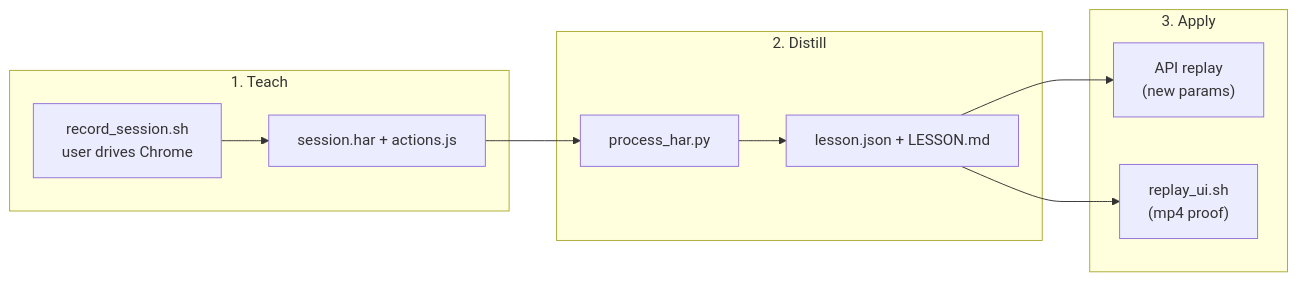
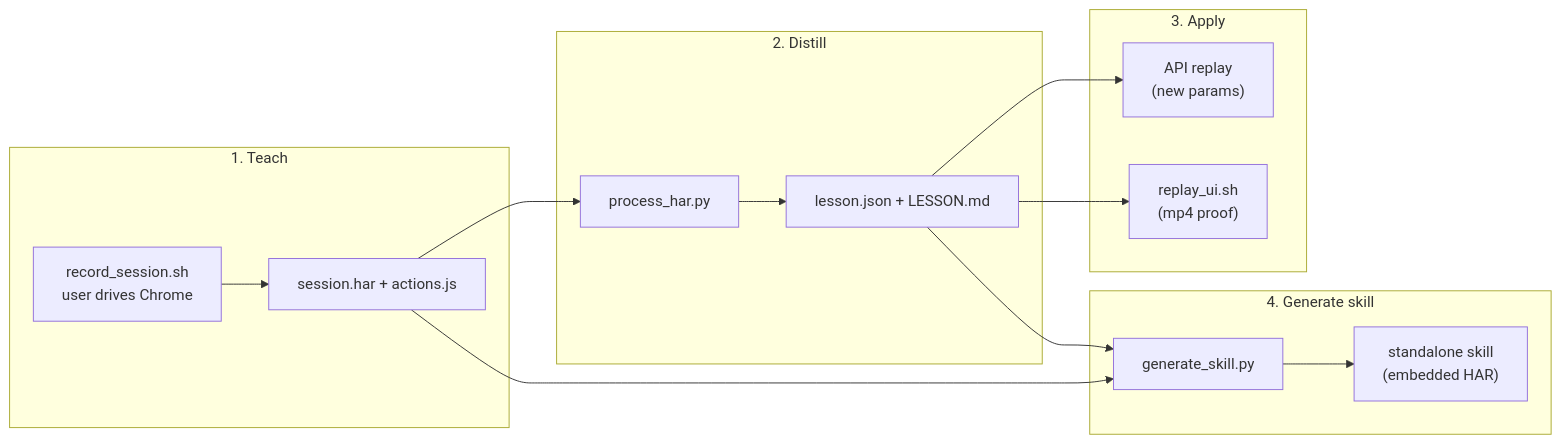
Before and after one commit to puntorigen/skills: the diagram in teach-web-actions/SKILL.md, drawn with Mermaid. The commit also changed other lines of this file and 16 other files, not shown here.

````diff
--- a/teach-web-actions/SKILL.md
+++ b/teach-web-actions/SKILL.md
@@ -26,13 +30,18 @@
 ```mermaid
 flowchart LR
   subgraph teach [1. Teach]
     Rec["record_session.sh<br/>user drives Chrome"] --> Har["session.har + actions.js"]
   end
   subgraph distill [2. Distill]
     Har --> Proc["process_har.py"] --> Lesson["lesson.json + LESSON.md"]
   end
   subgraph apply [3. Apply]
     Lesson --> Api["API replay<br/>(new params)"]
     Lesson --> Ui["replay_ui.sh<br/>(mp4 proof)"]
   end
+  subgraph gen [4. Generate skill]
+    Lesson --> GS["generate_skill.py"]
+    Har --> GS
+    GS --> Skill["standalone skill<br/>(embedded HAR)"]
+  end
 ```
````
